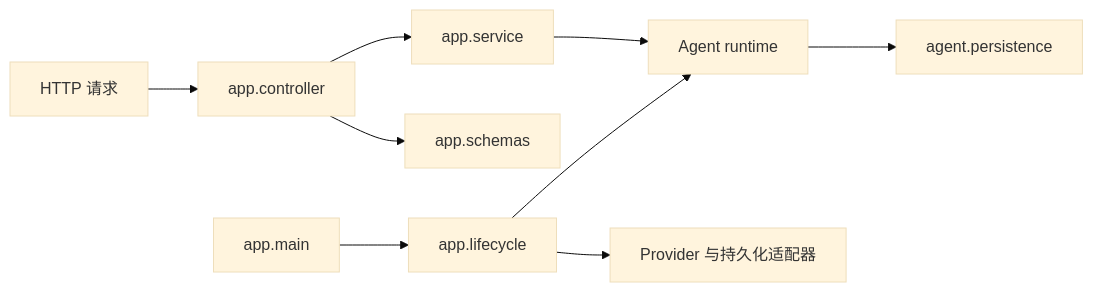
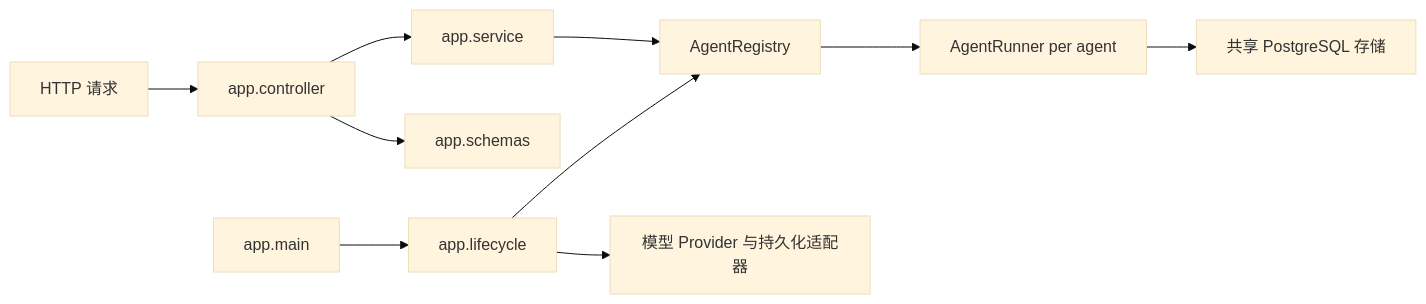
The diagram in docs/ARCHITECTURE.md (zt20001126/NexusAI), drawn with Mermaid (base theme) before and after one commit. The commit also changed other lines of this file and 80 other files, not shown here.

Commit message:
feat：增加图片智能体

````diff
--- a/docs/ARCHITECTURE.md
+++ b/docs/ARCHITECTURE.md
@@ -7,11 +7,12 @@
 ```mermaid
 flowchart LR
     Client[HTTP 请求] --> Controller[app.controller]
     Controller --> Service[app.service]
-    Service --> Runtime[Agent runtime]
-    Runtime --> Persistence[agent.persistence]
+    Service --> Registry[AgentRegistry]
+    Registry --> Runtime[AgentRunner per agent]
+    Runtime --> Persistence[共享 PostgreSQL 存储]
     Controller --> Schemas[app.schemas]
     Main[app.main] --> Lifecycle[app.lifecycle]
-    Lifecycle --> Runtime
-    Lifecycle --> Infrastructure[Provider 与持久化适配器]
+    Lifecycle --> Registry
+    Lifecycle --> Infrastructure[模型 Provider 与持久化适配器]
 ```
````
